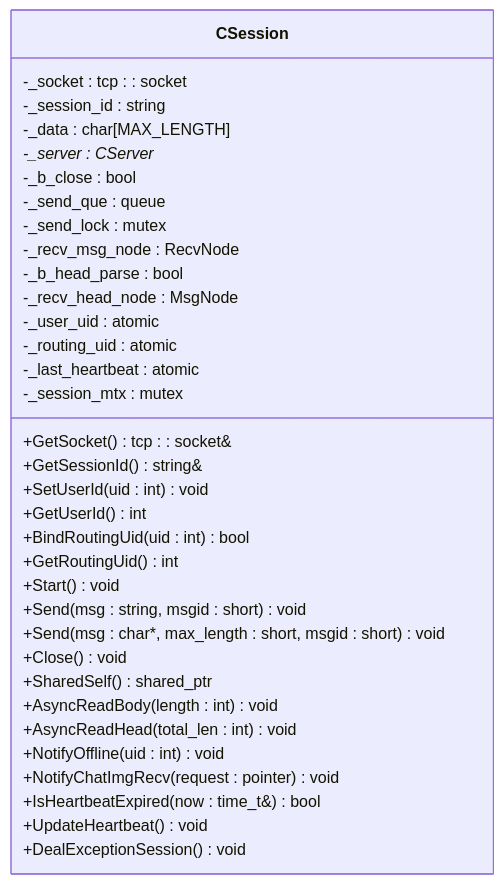
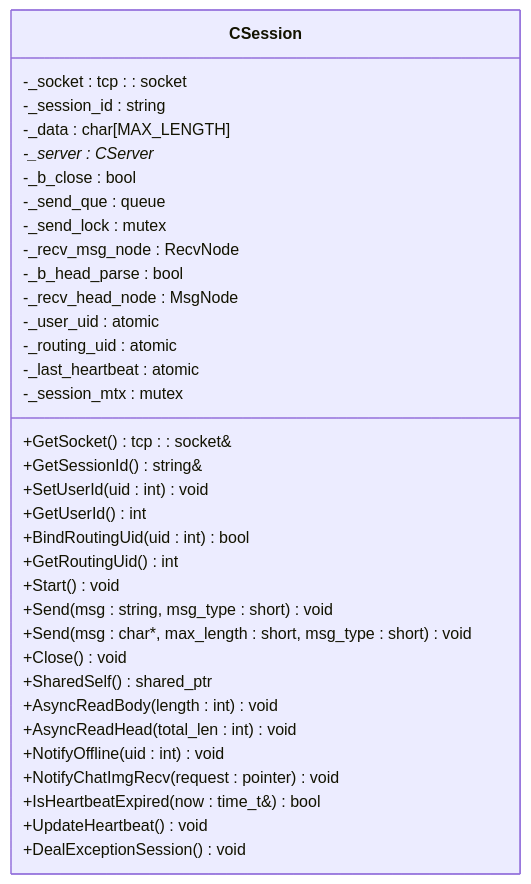
Before and after one commit to echo9923/mychatter: the third of 8 diagrams in .qoder/repowiki/zh/content/服务端开发/ChatServer聊天核心服务/会话管理/会话生命周期管理.md, drawn with Mermaid. The commit also changed other lines of this file and 128 other files, not shown here.

First line of the commit message:
refactor(protocol): TCP 帧头消息类型 msg_id 全局改名为 msg_type

````diff
--- a/.qoder/repowiki/zh/content/服务端开发/ChatServer聊天核心服务/会话管理/会话生命周期管理.md
+++ b/.qoder/repowiki/zh/content/服务端开发/ChatServer聊天核心服务/会话管理/会话生命周期管理.md
@@ -161,37 +161,37 @@
 ```mermaid
 classDiagram
 class CSession {
 +GetSocket() tcp : : socket&
 +GetSessionId() string&
 +SetUserId(uid : int) void
 +GetUserId() int
 +BindRoutingUid(uid : int) bool
 +GetRoutingUid() int
 +Start() void
-+Send(msg : string, msgid : short) void
-+Send(msg : char*, max_length : short, msgid : short) void
++Send(msg : string, msg_type : short) void
++Send(msg : char*, max_length : short, msg_type : short) void
 +Close() void
 +SharedSelf() shared_ptr<CSession>
 +AsyncReadBody(length : int) void
 +AsyncReadHead(total_len : int) void
 +NotifyOffline(uid : int) void
 +NotifyChatImgRecv(request : pointer) void
 +IsHeartbeatExpired(now : time_t&) bool
 +UpdateHeartbeat() void
 +DealExceptionSession() void
 -_socket : tcp : : socket
 -_session_id : string
 -_data : char[MAX_LENGTH]
 -_server : CServer*
 -_b_close : bool
 -_send_que : queue<SendNode>
 -_send_lock : mutex
 -_recv_msg_node : RecvNode
 -_b_head_parse : bool
 -_recv_head_node : MsgNode
 -_user_uid : atomic<int>
 -_routing_uid : atomic<int>
 -_last_heartbeat : atomic<time_t>
 -_session_mtx : mutex
 }
 ```
````
